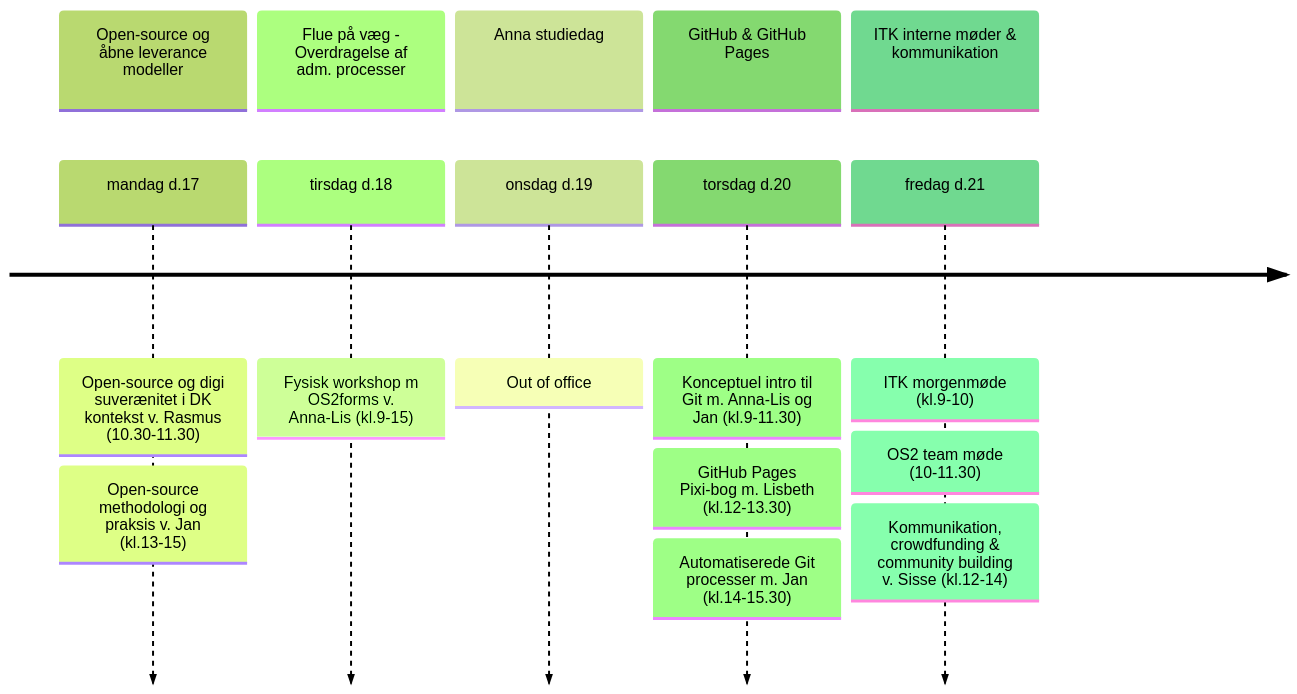
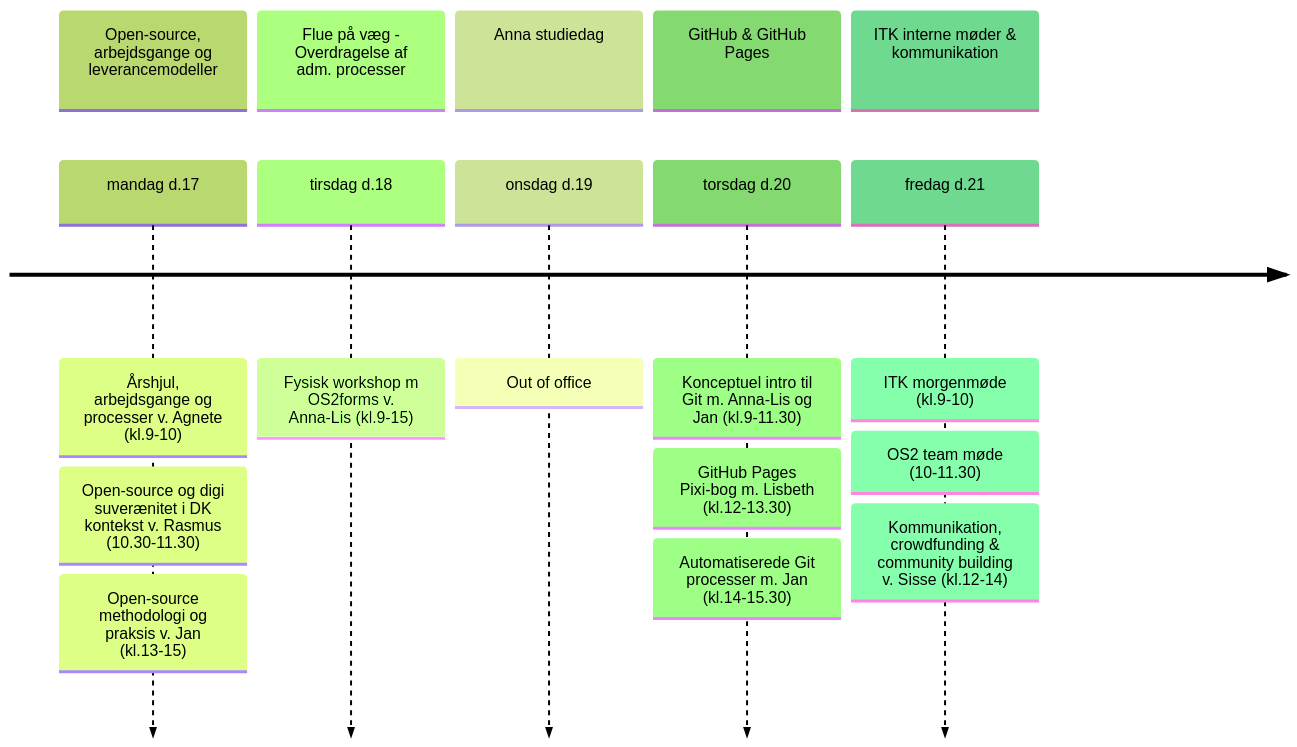
The second of 3 diagrams in docs/os2forloeb2026/onboarding_aug2026.md (anna-leland/specialeforberedelse_OS2), drawn with Mermaid before and after one commit.

Commit message:
Revise onboarding document for clarity and updates

````diff
--- a/docs/os2forloeb2026/onboarding_aug2026.md
+++ b/docs/os2forloeb2026/onboarding_aug2026.md
@@ -40,29 +40,31 @@
 ```mermaid
 %% Help: Milestones are displayed using Mermaid timeline syntax. Please include a section for each milestone and identify all tasks releated to reaching the goal.
 %% Mermaid documentation for timeline syntax: https://mermaid.js.org/syntax/timeline.html
 %%{init: { 'theme': 'forest', 'timeline': {'disableMulticolor': true}}}%%
 timeline
-    section Open-source og åbne leverance modeller
-      mandag d.17  : Open-source og digi suverænitet i DK kontekst v. Rasmus (10.30-11.30) 
+    section Open-source, arbejdsgange og leverancemodeller
+      mandag d.17  : Årshjul, arbejdsgange og processer v. Agnete (kl.9-10)
+                  : Open-source og digi suverænitet i DK kontekst v. Rasmus (10.30-11.30) 
                   : Open-source methodologi og praksis v. Jan (kl.13-15)
+
       
     section Flue på væg - Overdragelse af adm. processer
       tirsdag d.18 : Fysisk workshop m OS2forms v. Anna-Lis (kl.9-15)
 
 
     section Anna studiedag
      onsdag d.19  : Out of office
  
 
 section GitHub & GitHub Pages 
       torsdag d.20 : Konceptuel intro til Git m. Anna-Lis og Jan (kl.9-11.30)
                    : GitHub Pages Pixi-bog m. Lisbeth (kl.12-13.30)
                    : Automatiserede Git processer m. Jan (kl.14-15.30)
 
 
     section ITK interne møder & kommunikation
      fredag d.21  : ITK morgenmøde (kl.9-10)
                    : OS2 team møde (10-11.30)
                    : Kommunikation, crowdfunding & community building v. Sisse (kl.12-14) 
     
 ```
````
